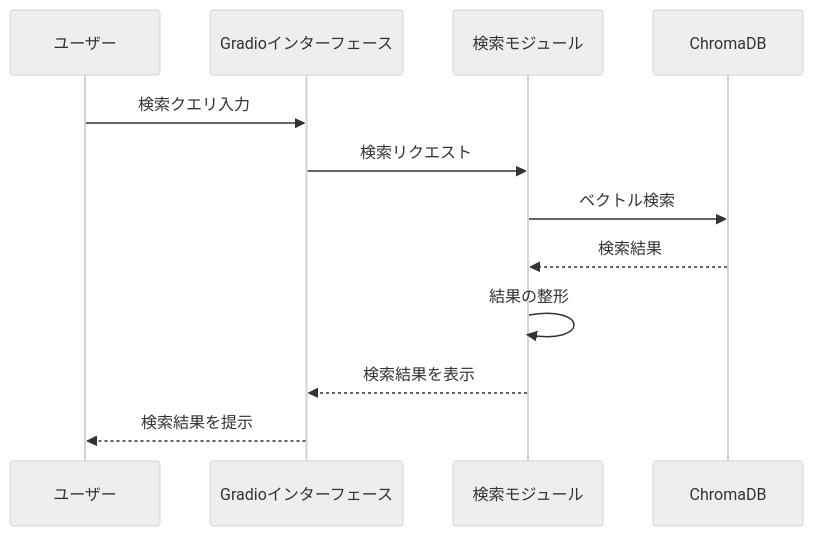
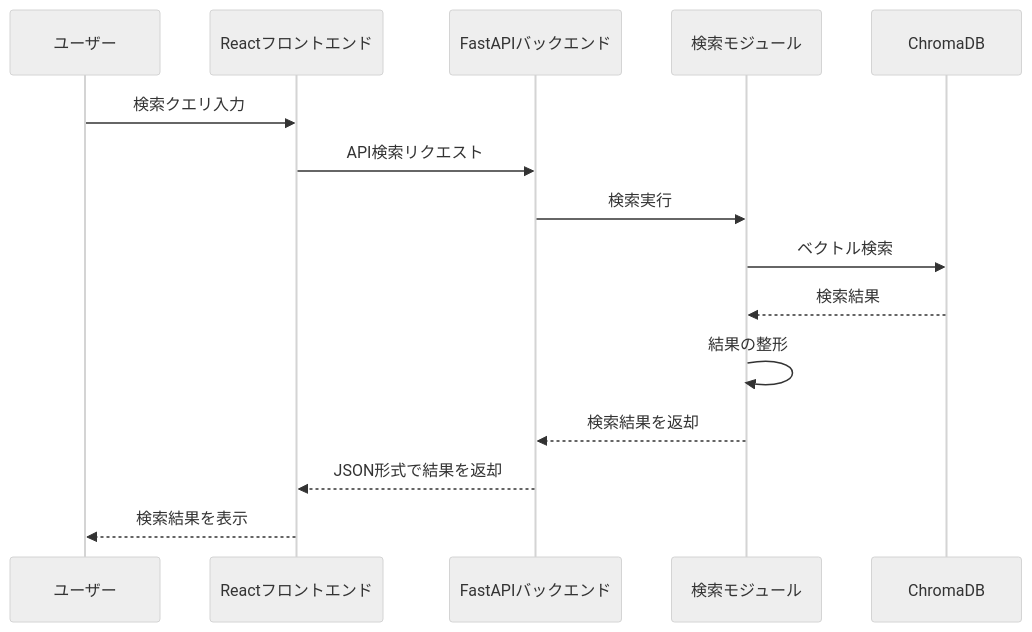
Before and after one commit to NewAITees/Obsidian-Concierge: the third of 4 diagrams in docs/ARCHITECTURE.md, drawn with Mermaid (neutral theme). The commit also changed other lines of this file and 41 other files, not shown here.

````diff
--- a/docs/ARCHITECTURE.md
+++ b/docs/ARCHITECTURE.md
@@ -89,15 +111,18 @@
 ```mermaid
 sequenceDiagram
     participant User as ユーザー
-    participant UI as Gradioインターフェース
+    participant FE as Reactフロントエンド
+    participant BE as FastAPIバックエンド
     participant Search as 検索モジュール
     participant DB as ChromaDB
     
-    User->>UI: 検索クエリ入力
-    UI->>Search: 検索リクエスト
+    User->>FE: 検索クエリ入力
+    FE->>BE: API検索リクエスト
+    BE->>Search: 検索実行
     Search->>DB: ベクトル検索
     DB-->>Search: 検索結果
     Search->>Search: 結果の整形
-    Search-->>UI: 検索結果を表示
-    UI-->>User: 検索結果を提示
+    Search-->>BE: 検索結果を返却
+    BE-->>FE: JSON形式で結果を返却
+    FE-->>User: 検索結果を表示
 ```
````
